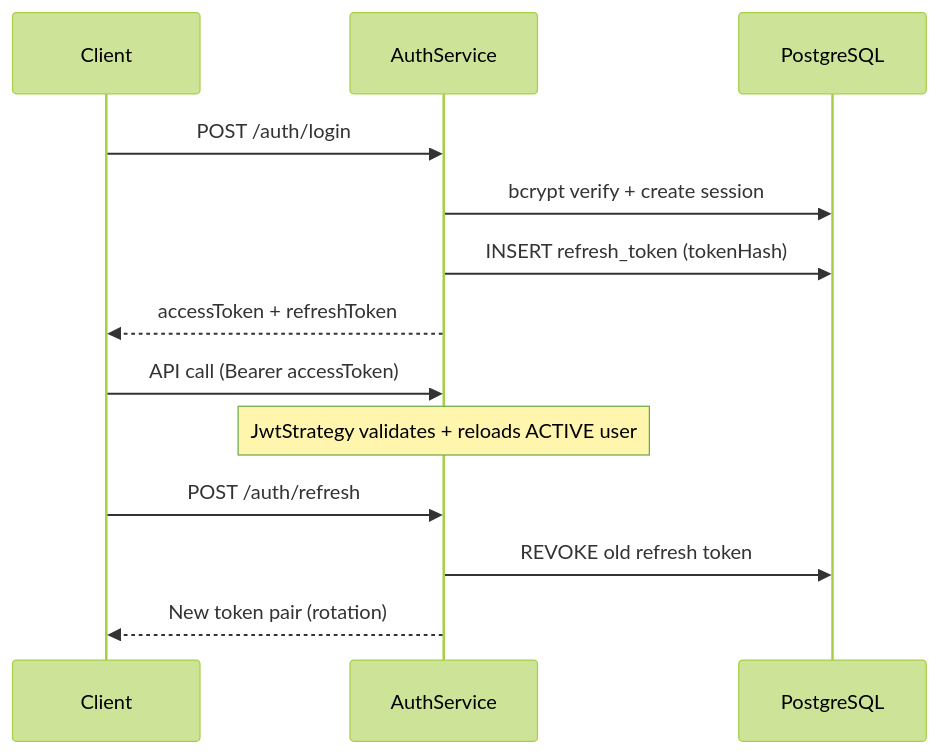
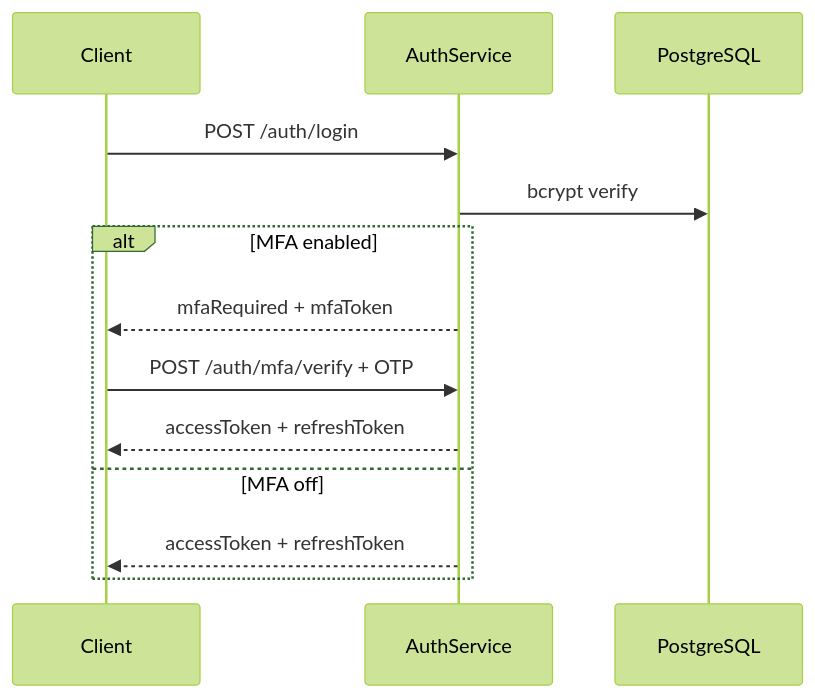
One commit to SAutopsYS/Amrutam changed the second of 2 diagrams in SECURITY.md. Above: the diagram before and after it, drawn with Mermaid (forest theme). The commit also changed other lines of this file and 62 other files, not shown here.

````diff
--- a/SECURITY.md
+++ b/SECURITY.md
@@ -146,18 +160,16 @@
 ```mermaid
 sequenceDiagram
     participant C as Client
     participant A as AuthService
     participant DB as PostgreSQL
 
     C->>A: POST /auth/login
-    A->>DB: bcrypt verify + create session
-    A->>DB: INSERT refresh_token (tokenHash)
-    A-->>C: accessToken + refreshToken
-
-    C->>A: API call (Bearer accessToken)
-    Note over A: JwtStrategy validates + reloads ACTIVE user
-
-    C->>A: POST /auth/refresh
-    A->>DB: REVOKE old refresh token
-    A-->>C: New token pair (rotation)
+    A->>DB: bcrypt verify
+    alt MFA enabled
+        A-->>C: mfaRequired + mfaToken
+        C->>A: POST /auth/mfa/verify + OTP
+        A-->>C: accessToken + refreshToken
+    else MFA off
+        A-->>C: accessToken + refreshToken
+    end
 ```
````
